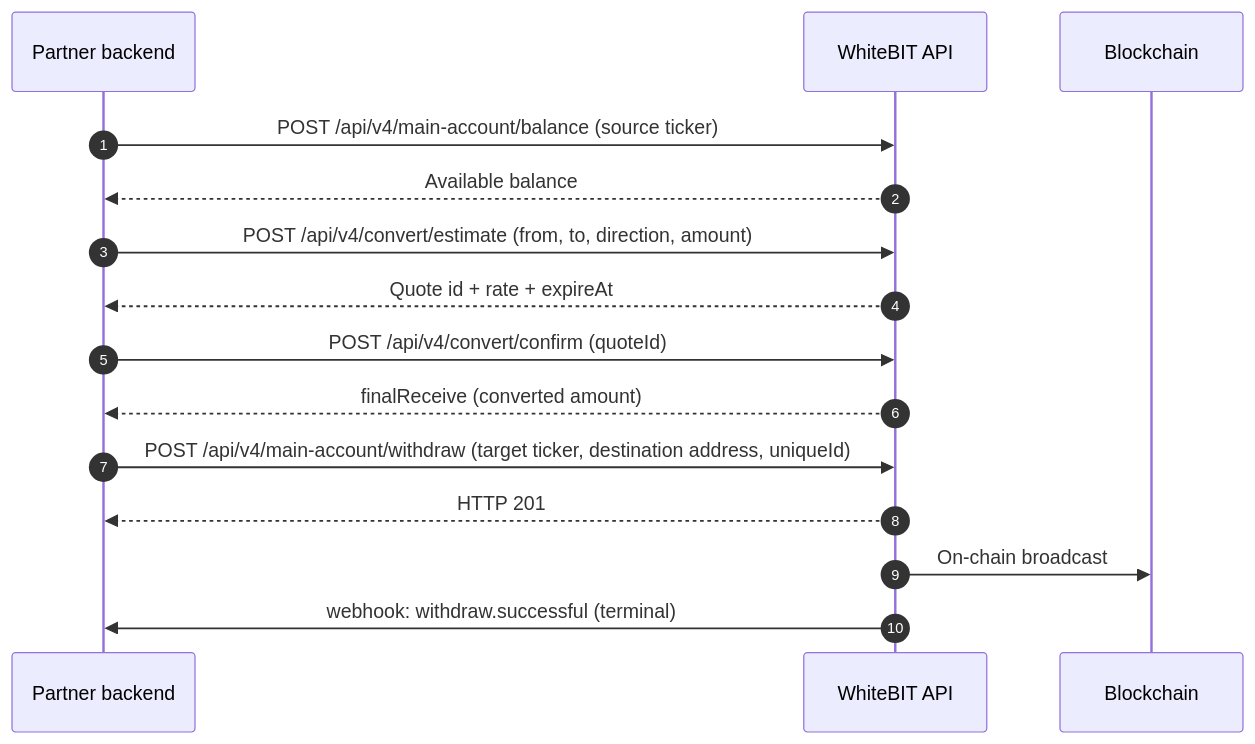
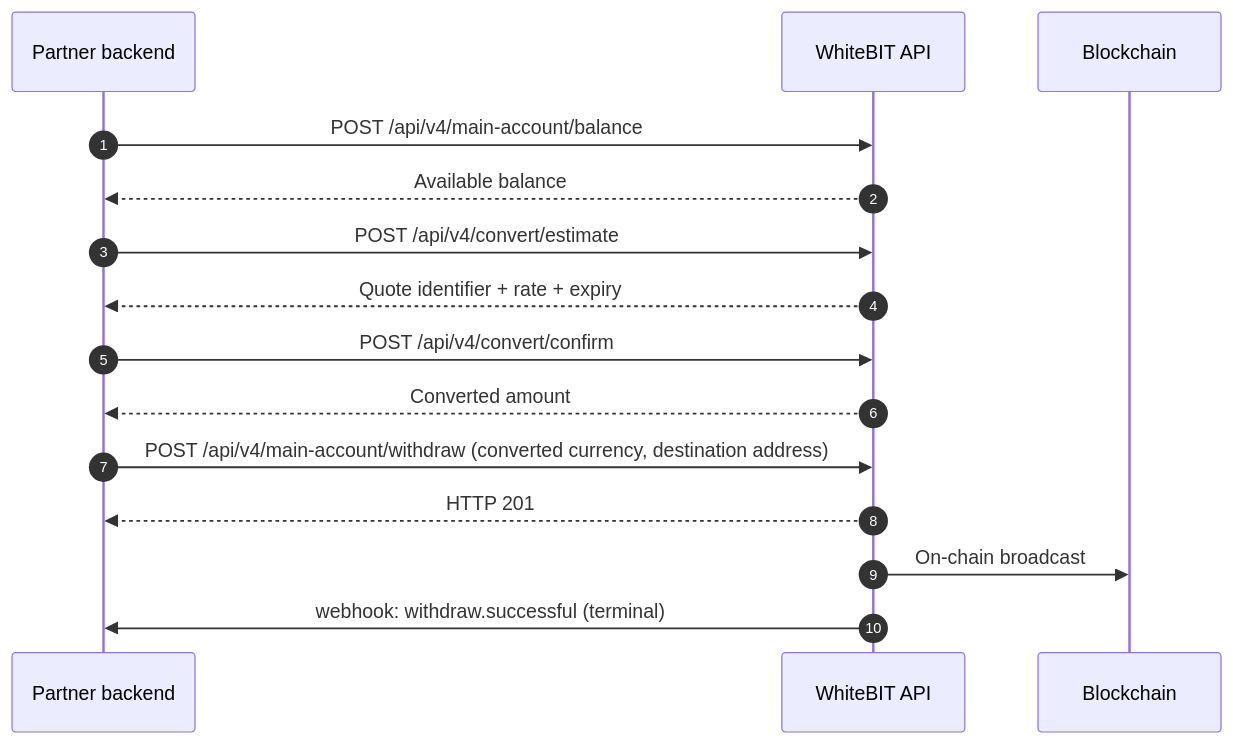
The third of 4 diagrams in guides/payment-integration.mdx (whitebit-exchange/docs), drawn with Mermaid before and after one commit. The commit also changed other lines of this file and 5 other files, not shown here.

````diff
--- a/guides/payment-integration.mdx
+++ b/guides/payment-integration.mdx
@@ -85,18 +93,18 @@
 ```mermaid
 sequenceDiagram
     autonumber
     participant P as Partner backend
     participant W as WhiteBIT API
     participant B as Blockchain
 
-    P->>W: POST /api/v4/main-account/balance (source ticker)
+    P->>W: POST /api/v4/main-account/balance
     W-->>P: Available balance
-    P->>W: POST /api/v4/convert/estimate (from, to, direction, amount)
-    W-->>P: Quote id + rate + expireAt
-    P->>W: POST /api/v4/convert/confirm (quoteId)
-    W-->>P: finalReceive (converted amount)
-    P->>W: POST /api/v4/main-account/withdraw (target ticker, destination address, uniqueId)
+    P->>W: POST /api/v4/convert/estimate
+    W-->>P: Quote identifier + rate + expiry
+    P->>W: POST /api/v4/convert/confirm
+    W-->>P: Converted amount
+    P->>W: POST /api/v4/main-account/withdraw (converted currency, destination address)
     W-->>P: HTTP 201
     W->>B: On-chain broadcast
     W->>P: webhook: withdraw.successful (terminal)
 ```
````
